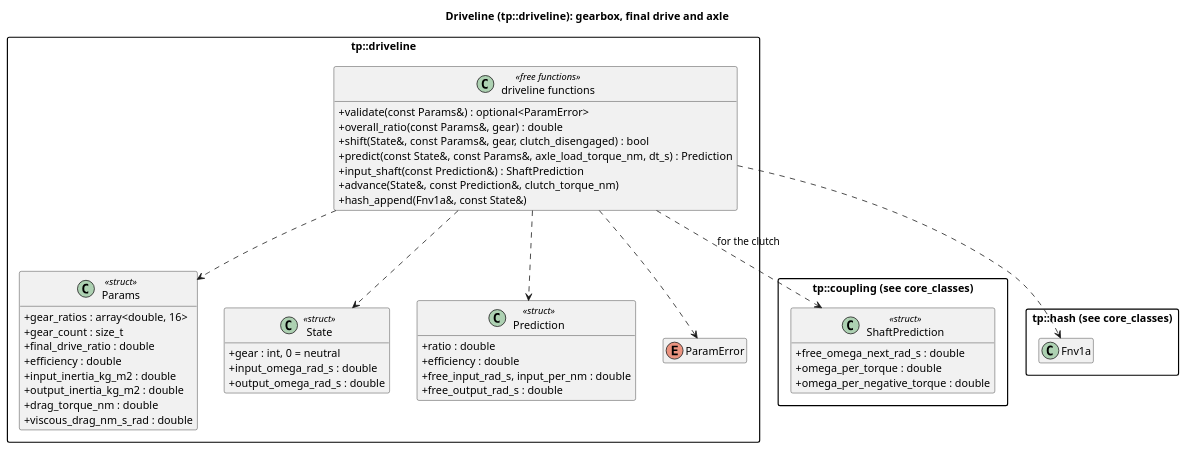
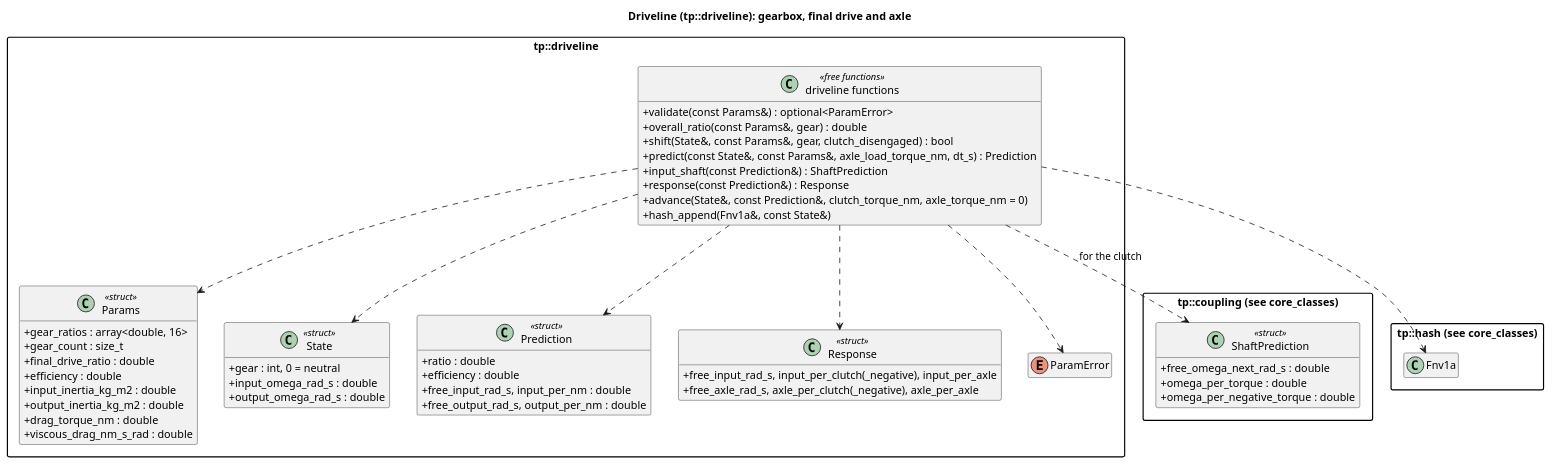
The diagram in docs/diagrams/driveline_classes.puml (wversteeg/TractorPulling), drawn with PlantUML before and after one commit. The commit also changed 24 other files, not shown here.

```diff
--- a/docs/diagrams/driveline_classes.puml
+++ b/docs/diagrams/driveline_classes.puml
@@ -1,57 +1,63 @@
 @startuml driveline_classes
 title Driveline (tp::driveline): gearbox, final drive and axle
 hide empty members
 skinparam packageStyle rectangle
 skinparam classAttributeIconSize 0
 
 package "tp::coupling (see core_classes)" {
   class ShaftPrediction <<struct>> {
     +free_omega_next_rad_s : double
     +omega_per_torque : double
     +omega_per_negative_torque : double
   }
 }
 package "tp::hash (see core_classes)" {
   class Fnv1a
 }
 
 package "tp::driveline" {
   class Params <<struct>> {
     +gear_ratios : array<double, 16>
     +gear_count : size_t
     +final_drive_ratio : double
     +efficiency : double
     +input_inertia_kg_m2 : double
     +output_inertia_kg_m2 : double
     +drag_torque_nm : double
     +viscous_drag_nm_s_rad : double
   }
   class State <<struct>> {
     +gear : int, 0 = neutral
     +input_omega_rad_s : double
     +output_omega_rad_s : double
   }
   class Prediction <<struct>> {
     +ratio : double
     +efficiency : double
     +free_input_rad_s, input_per_nm : double
-    +free_output_rad_s : double
+    +free_output_rad_s, output_per_nm : double
+  }
+  class Response <<struct>> {
+    +free_input_rad_s, input_per_clutch(_negative), input_per_axle
+    +free_axle_rad_s, axle_per_clutch(_negative), axle_per_axle
   }
   enum ParamError
   class "driveline functions" as DrivelineFns <<free functions>> {
     +validate(const Params&) : optional<ParamError>
     +overall_ratio(const Params&, gear) : double
     +shift(State&, const Params&, gear, clutch_disengaged) : bool
     +predict(const State&, const Params&, axle_load_torque_nm, dt_s) : Prediction
     +input_shaft(const Prediction&) : ShaftPrediction
-    +advance(State&, const Prediction&, clutch_torque_nm)
+    +response(const Prediction&) : Response
+    +advance(State&, const Prediction&, clutch_torque_nm, axle_torque_nm = 0)
     +hash_append(Fnv1a&, const State&)
   }
   DrivelineFns ..> Params
   DrivelineFns ..> State
   DrivelineFns ..> Prediction
+  DrivelineFns ..> Response
   DrivelineFns ..> ParamError
 }
 DrivelineFns ..> ShaftPrediction : for the clutch
 DrivelineFns ..> Fnv1a
 @enduml
```
